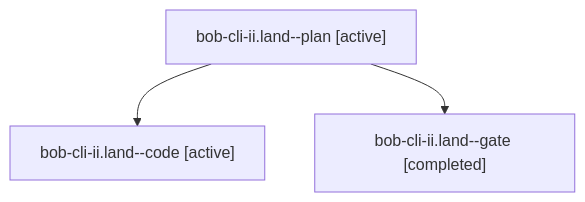
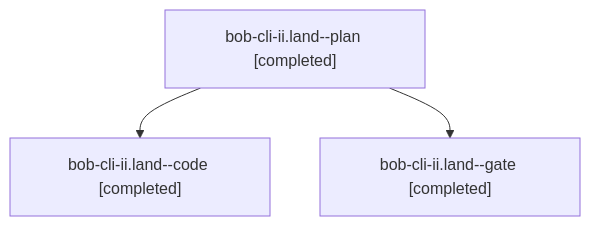
Before and after one commit to bobs-org/bob-cli--agents: the diagram in sessions/bbugyi200.athena.bob-cli-ii.land.md, drawn with Mermaid. The commit also changed other lines of this file and 55 other files, not shown here.

````diff
--- a/sessions/bbugyi200.athena.bob-cli-ii.land.md
+++ b/sessions/bbugyi200.athena.bob-cli-ii.land.md
@@ -9,8 +9,8 @@
 ```mermaid
 flowchart TD
-  n0["bob-cli-ii.land--plan [active]"]
-  n1["bob-cli-ii.land--code [active]"]
+  n0["bob-cli-ii.land--plan [completed]"]
+  n1["bob-cli-ii.land--code [completed]"]
   n0 --> n1
   n2["bob-cli-ii.land--gate [completed]"]
   n0 --> n2
 ```
````
